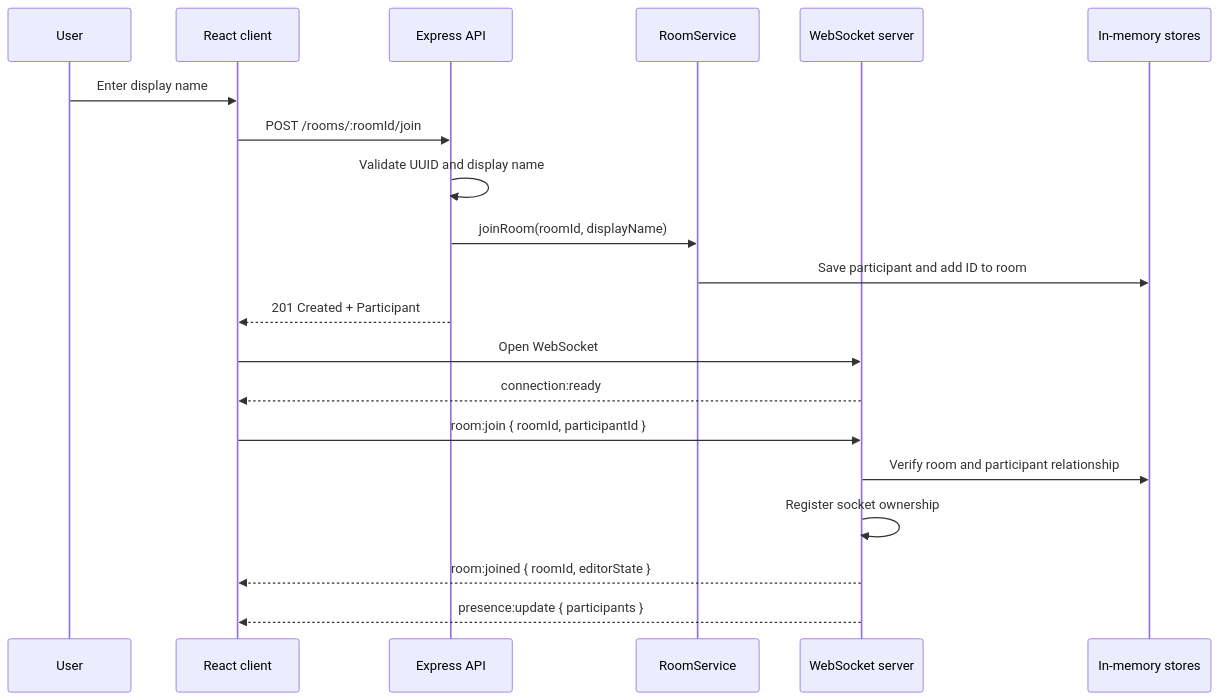
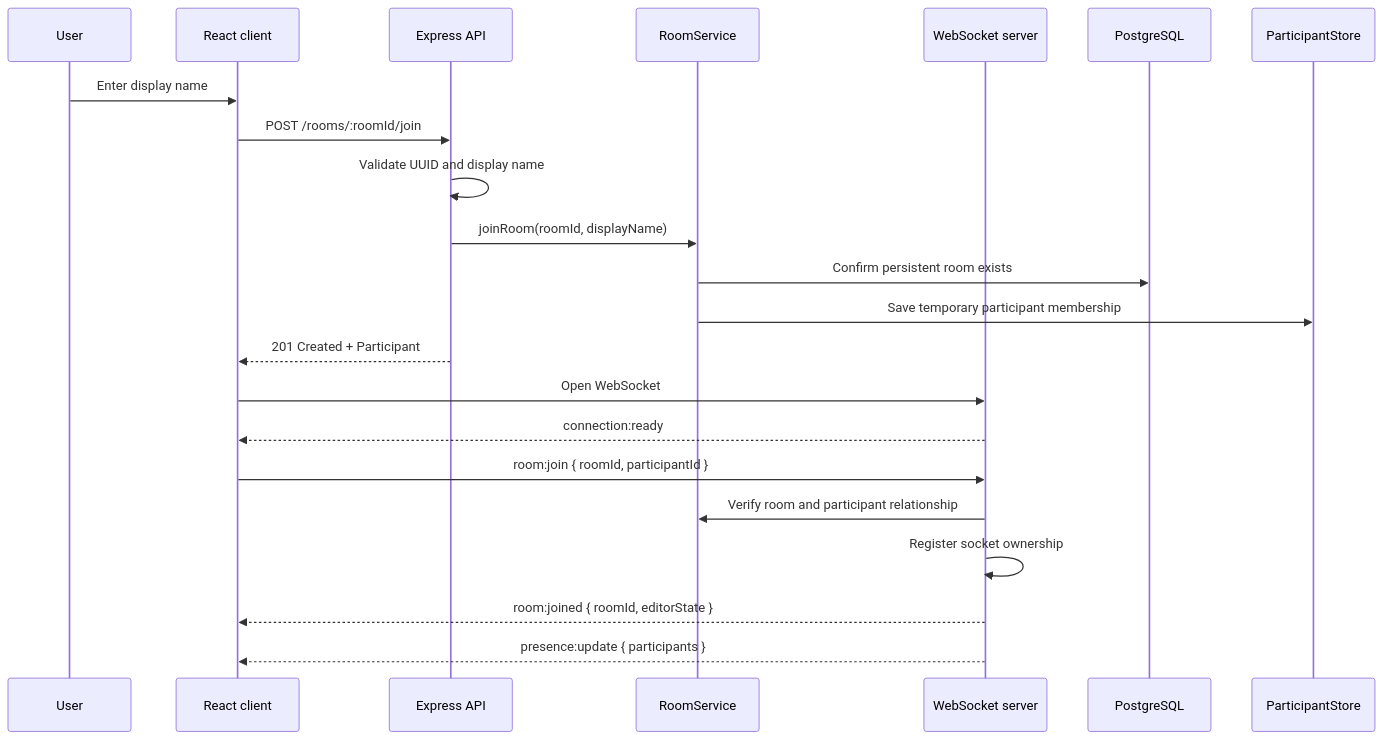
The third of 5 diagrams in README.md (Amit-Mahato54322/code-together), drawn with Mermaid before and after one commit. The commit also changed other lines of this file and 18 other files, not shown here.

Commit message:
feat: persist collaborative rooms in PostgreSQL

````diff
--- a/README.md
+++ b/README.md
@@ -215,23 +251,25 @@
 ```mermaid
 sequenceDiagram
     participant U as User
     participant C as React client
     participant H as Express API
     participant S as RoomService
     participant W as WebSocket server
-    participant M as In-memory stores
+    participant DB as PostgreSQL
+    participant P as ParticipantStore
 
     U->>C: Enter display name
     C->>H: POST /rooms/:roomId/join
     H->>H: Validate UUID and display name
     H->>S: joinRoom(roomId, displayName)
-    S->>M: Save participant and add ID to room
+    S->>DB: Confirm persistent room exists
+    S->>P: Save temporary participant membership
     H-->>C: 201 Created + Participant
     C->>W: Open WebSocket
     W-->>C: connection:ready
     C->>W: room:join { roomId, participantId }
-    W->>M: Verify room and participant relationship
+    W->>S: Verify room and participant relationship
     W->>W: Register socket ownership
     W-->>C: room:joined { roomId, editorState }
     W-->>C: presence:update { participants }
 ```
````
